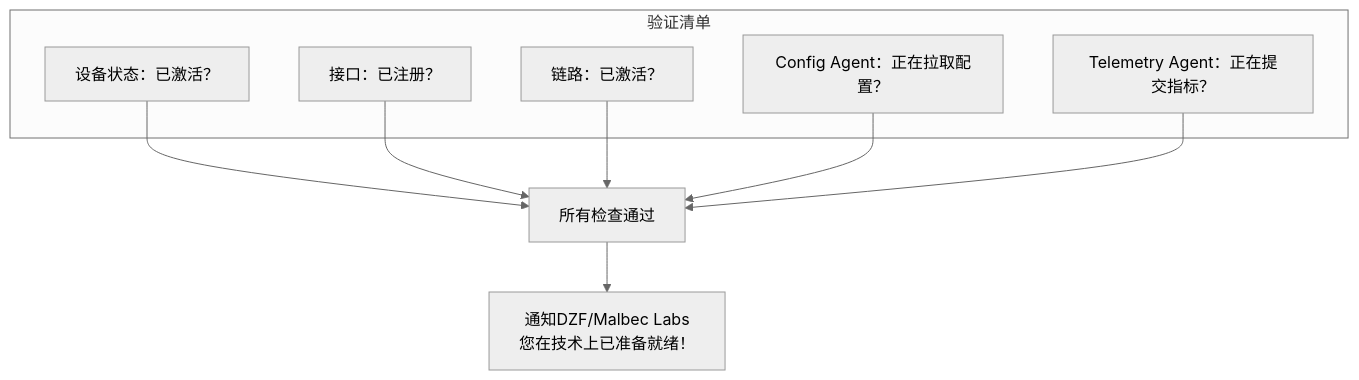
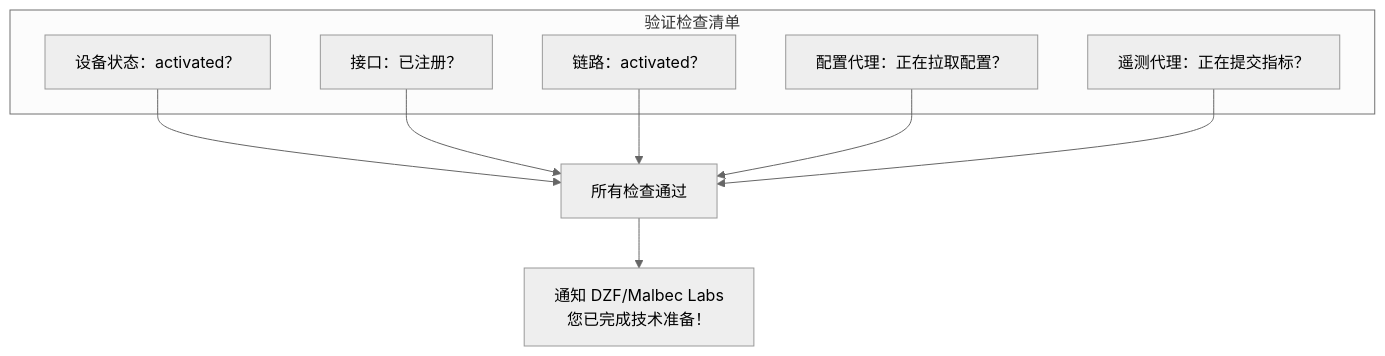
One commit to malbeclabs/docs changed diagram 13 of 13 in docs/contribute-provisioning.zh.md. Above: the diagram before and after it, drawn with Mermaid (neutral theme). The commit also changed other lines of this file and 160 other files, not shown here.

````diff
--- a/docs/contribute-provisioning.zh.md
+++ b/docs/contribute-provisioning.zh.md
@@ -960,18 +1032,18 @@
 ```mermaid
 flowchart TB
-    subgraph "验证清单"
-        D[设备状态：已激活？]
+    subgraph "验证检查清单"
+        D[设备状态：activated？]
         I[接口：已注册？]
-        L[链路：已激活？]
-        CA[Config Agent：正在拉取配置？]
-        TA[Telemetry Agent：正在提交指标？]
+        L[链路：activated？]
+        CA[配置代理：正在拉取配置？]
+        TA[遥测代理：正在提交指标？]
     end
 
     D --> PASS
     I --> PASS
     L --> PASS
     CA --> PASS
     TA --> PASS
 
-    PASS[所有检查通过] --> NOTIFY[通知DZF/Malbec Labs<br/>您在技术上已准备就绪！]
+    PASS[所有检查通过] --> NOTIFY[通知 DZF/Malbec Labs<br/>您已完成技术准备！]
 ```
````
